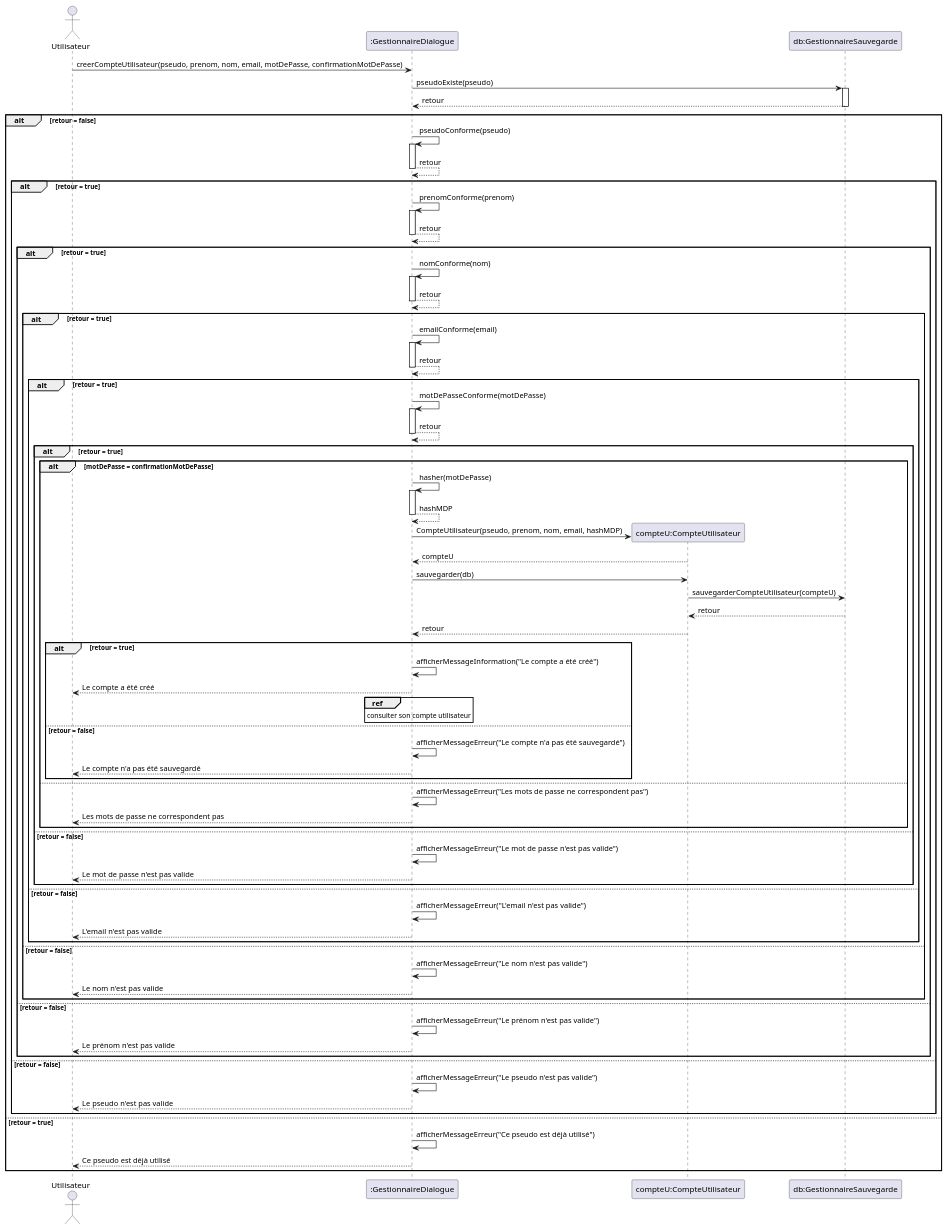
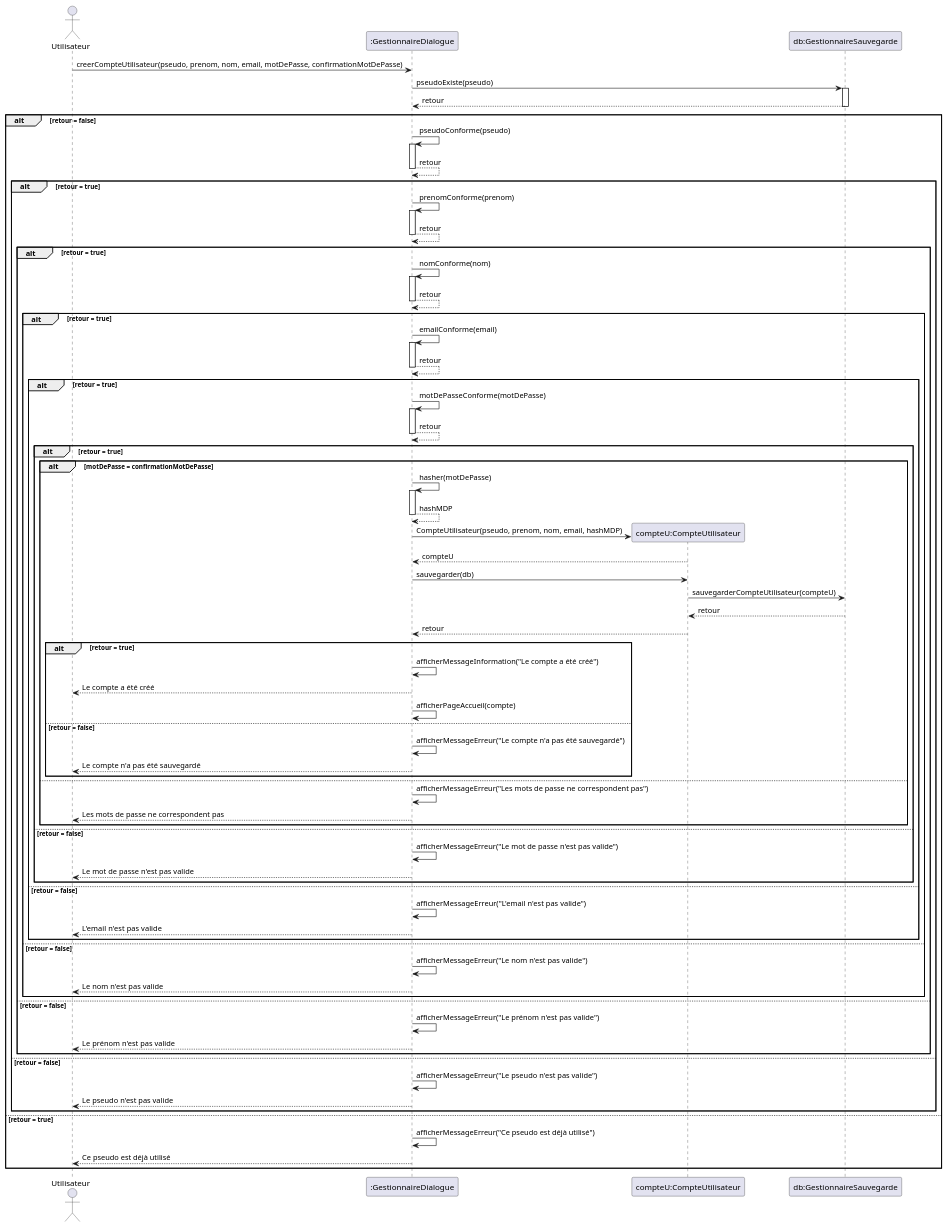
One commit to lmtb06/sharecount changed the diagram in diagrammes/conception/creer-compte-utilisateur.puml. Above: the diagram before and after it, drawn with PlantUML. The commit also changed 7 other files, not shown here.

Commit message:
Ajout du cas d'utilisation de se connecter, ainsi que les diagrammes de séquence dans la specification et la conception

```diff
--- a/diagrammes/conception/creer-compte-utilisateur.puml
+++ b/diagrammes/conception/creer-compte-utilisateur.puml
@@ -1,76 +1,76 @@
-@startuml
+@startuml Creer un compte utilisateur
 actor "Utilisateur" as us
 participant ":GestionnaireDialogue" as gd
 participant "compteU:CompteUtilisateur" as cu
 participant "db:GestionnaireSauvegarde" as gs
 
 us 	-> 	gd : creerCompteUtilisateur(pseudo, prenom, nom, email, motDePasse, confirmationMotDePasse)
 ' verification du pseudo
 gd 	-> gs ++: pseudoExiste(pseudo)
 gs 	--> gd --: retour
 alt retour = false
 gd 	-> 	gd ++: pseudoConforme(pseudo)
 gd 	--> 	gd --: retour
 alt retour = true
 ' verification du prénom
 gd 	-> 	gd ++: prenomConforme(prenom)
 gd 	--> 	gd --: retour
 alt retour = true
 ' verification du nom
 gd 	-> 	gd ++: nomConforme(nom)
 gd 	--> 	gd --: retour
 alt retour = true
 ' verification de l'email
 gd 	-> 	gd ++: emailConforme(email)
 gd 	--> 	gd --: retour
 alt retour = true
 ' verification du mot de passe
 gd 	-> 	gd ++: motDePasseConforme(motDePasse)
 gd 	--> 	gd --: retour
 alt retour = true
 alt motDePasse = confirmationMotDePasse
 gd 	-> gd ++: hasher(motDePasse)
 gd 	--> gd --: hashMDP
 gd 	-> cu **: CompteUtilisateur(pseudo, prenom, nom, email, hashMDP)
 cu 	--> gd --: compteU
 gd 	-> cu : sauvegarder(db)
 cu 	-> gs : sauvegarderCompteUtilisateur(compteU)
 gs 	--> cu : retour
 cu 	--> gd : retour
 alt retour = true
 gd 	-> 	gd : afficherMessageInformation("Le compte a été créé")
 gd 	--> 	us : Le compte a été créé
-ref over gd : consulter son compte utilisateur
+gd -> gd : afficherPageAccueil(compte)
 else retour = false
 gd 	-> 	gd : afficherMessageErreur("Le compte n'a pas été sauvegardé")
 gd 	--> 	us : Le compte n'a pas été sauvegardé
 end
 else
 gd 	-> 	gd : afficherMessageErreur("Les mots de passe ne correspondent pas")
 gd 	--> 	us : Les mots de passe ne correspondent pas
 end
 else retour = false
 gd 	-> 	gd : afficherMessageErreur("Le mot de passe n'est pas valide")
 gd 	--> 	us : Le mot de passe n'est pas valide
 end
 else retour = false
 gd 	-> 	gd : afficherMessageErreur("L'email n'est pas valide")
 gd 	--> 	us : L'email n'est pas valide
 end
 else retour = false
 gd 	-> 	gd : afficherMessageErreur("Le nom n'est pas valide")
 gd 	--> 	us : Le nom n'est pas valide
 end
 else retour = false
 gd 	-> 	gd : afficherMessageErreur("Le prénom n'est pas valide")
 gd 	--> 	us : Le prénom n'est pas valide
 end
 else retour = false
 gd 	-> 	gd : afficherMessageErreur("Le pseudo n'est pas valide")
 gd 	--> 	us : Le pseudo n'est pas valide
 end
 else retour = true
 gd 	-> 	gd : afficherMessageErreur("Ce pseudo est déjà utilisé")
 gd 	--> 	us : Ce pseudo est déjà utilisé
 end
 @enduml
```
